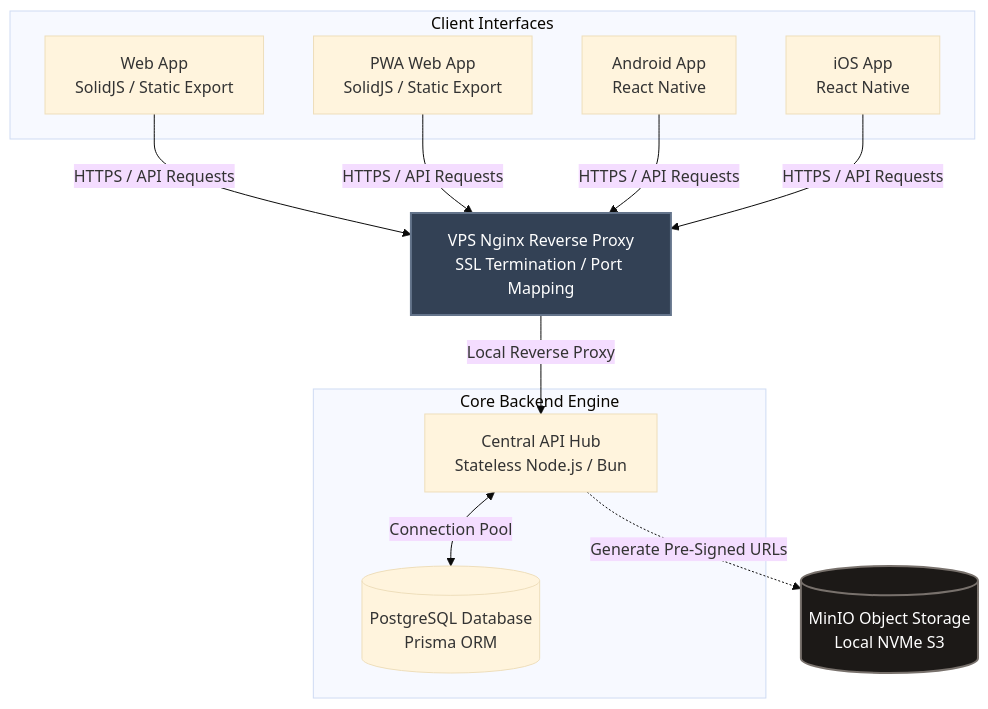
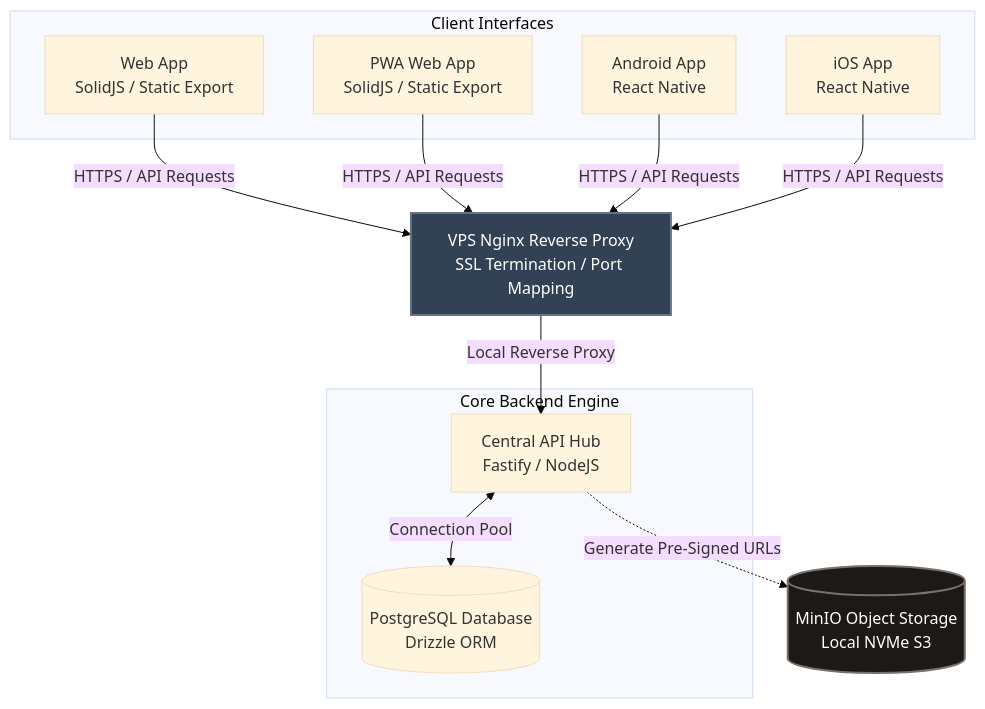
One commit to pchilton/lofipix changed the diagram in README.md. Above: the diagram before and after it, drawn with Mermaid (base theme). The commit also changed other lines of this file, not shown here.

Commit message:
updating directory structure from mermaid to table

````diff
--- a/README.md
+++ b/README.md
@@ -5,32 +5,32 @@
 ```mermaid
 graph TD
     %% Client Tier
     subgraph ClientInterfaces [Client Interfaces]
         Web[Web App<br>SolidJS / Static Export]
         PWA[PWA Web App<br>SolidJS / Static Export]
         Android[Android App<br>React Native]
         iOS[iOS App<br>React Native]
     end
 
     %% Network Entry
     Proxy[VPS Nginx Reverse Proxy<br>SSL Termination / Port Mapping]
 
     %% Core Services
     subgraph CoreBackend [Core Backend Engine]
-        API[Central API Hub<br>Stateless Node.js / Bun]
-        DB[(PostgreSQL Database<br>Prisma ORM)]
+        API[Central API Hub<br>Fastify / NodeJS]
+        DB[(PostgreSQL Database<br>Drizzle ORM)]
     end
 
     Storage[(MinIO Object Storage<br>Local NVMe S3)]
 
     %% Traffic Routes
     Web & PWA & Android & iOS -->|HTTPS / API Requests| Proxy
     Proxy -->|Local Reverse Proxy| API
     API <-->|Connection Pool| DB
 
     API -.->|Generate Pre-Signed URLs| Storage
 
     %% Layout Classes for Styling
     style Proxy fill:#334155,stroke:#64748b,stroke-width:2px,color:#fff
     style Storage fill:#1c1917,stroke:#78716c,stroke-width:2px,color:#fff
 ```
````
